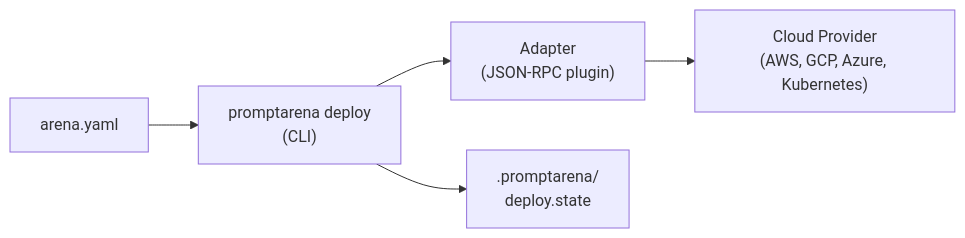
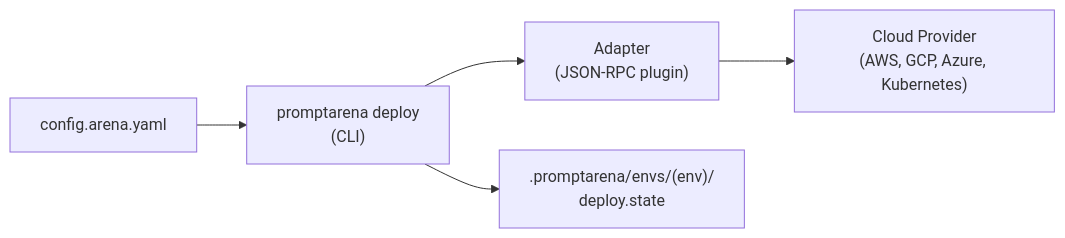
The diagram in docs/src/content/docs/arena/explanation/deploy/overview.md (AltairaLabs/promptarena), drawn with Mermaid before and after one commit. The commit also changed other lines of this file and 46 other files, not shown here.

````diff
--- a/docs/src/content/docs/arena/explanation/deploy/overview.md
+++ b/docs/src/content/docs/arena/explanation/deploy/overview.md
@@ -75,10 +75,10 @@
 ```mermaid
 flowchart LR
-  arena["arena.yaml"]
+  arena["config.arena.yaml"]
   cli["promptarena deploy<br/>(CLI)"]
   adapter["Adapter<br/>(JSON-RPC plugin)"]
   cloud["Cloud Provider<br/>(AWS, GCP, Azure, Kubernetes)"]
-  state[".promptarena/<br/>deploy.state"]
+  state[".promptarena/envs/(env)/<br/>deploy.state"]
   arena --> cli --> adapter --> cloud
   cli --> state
 ```
````
